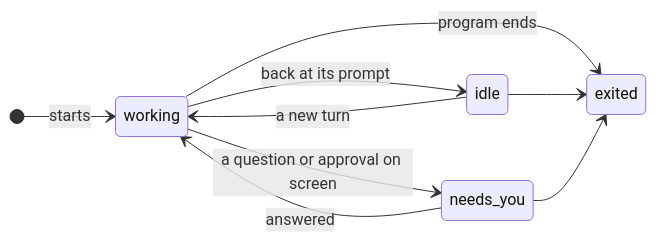
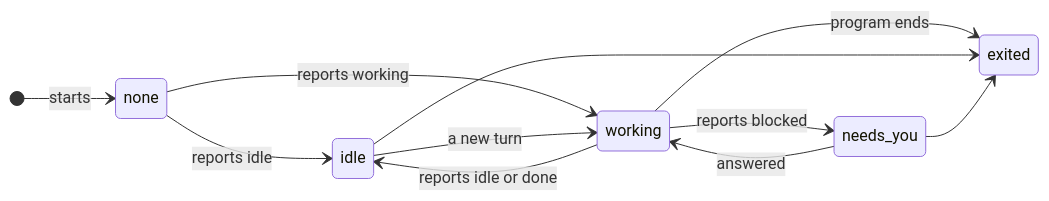
One commit to tampopogk/kanna changed the first of 3 diagrams in docs/specs/agent-status.md. Above: the diagram before and after it, drawn with Mermaid. The commit also changed other lines of this file and 14 other files, not shown here.

````diff
--- a/docs/specs/agent-status.md
+++ b/docs/specs/agent-status.md
@@ -21,12 +20,14 @@
 ```mermaid
 stateDiagram-v2
     direction LR
-    [*] --> working: starts
-    working --> needs_you: a question or approval on screen
+    [*] --> none: starts
+    none --> idle: reports idle
+    none --> working: reports working
+    working --> needs_you: reports blocked
     needs_you --> working: answered
-    working --> idle: back at its prompt
+    working --> idle: reports idle or done
     idle --> working: a new turn
     working --> exited: program ends
     idle --> exited
     needs_you --> exited
 ```
````
